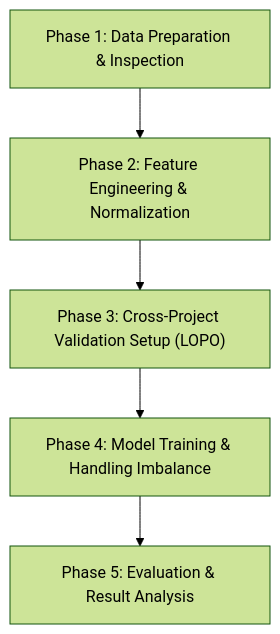
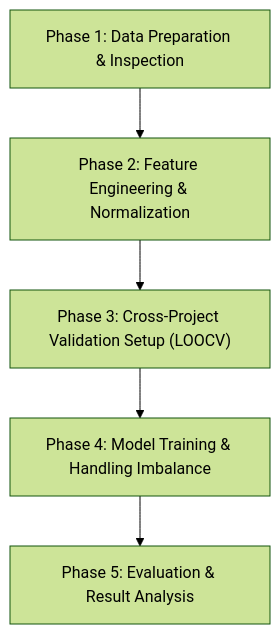
Before and after one commit to BimaJatiKusuma/its-rpl-a01-flakytest: the diagram in Experiment_Ali/notebook/todo_analyze.md, drawn with Mermaid (forest theme). The commit also changed other lines of this file and 3 other files, not shown here.

````diff
--- a/Experiment_Ali/notebook/todo_analyze.md
+++ b/Experiment_Ali/notebook/todo_analyze.md
@@ -67,7 +67,7 @@
 ```mermaid
 flowchart TD
     P1["Phase 1: Data Preparation & Inspection"] --> P2["Phase 2: Feature Engineering & Normalization"]
-    P2 --> P3["Phase 3: Cross-Project Validation Setup (LOPO)"]
+    P2 --> P3["Phase 3: Cross-Project Validation Setup (LOOCV)"]
     P3 --> P4["Phase 4: Model Training & Handling Imbalance"]
     P4 --> P5["Phase 5: Evaluation & Result Analysis"]
 ```
````
